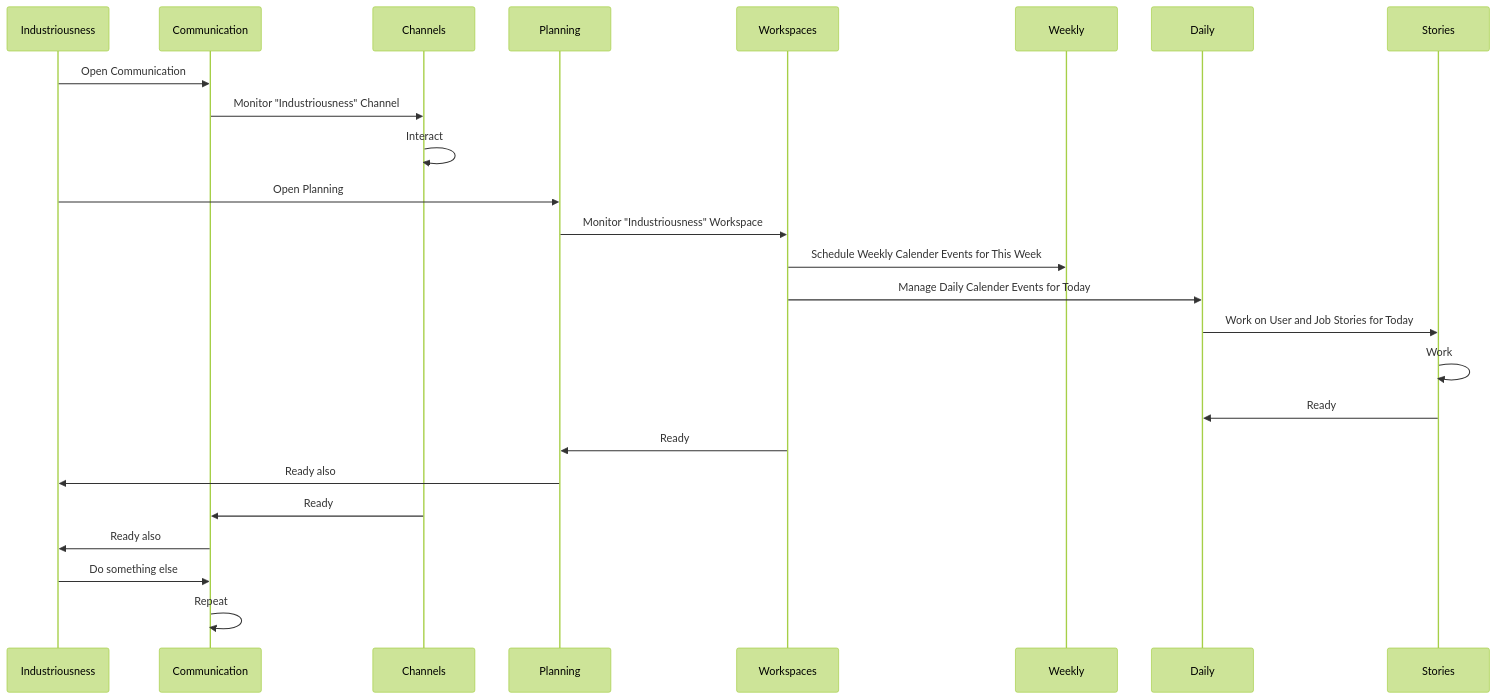
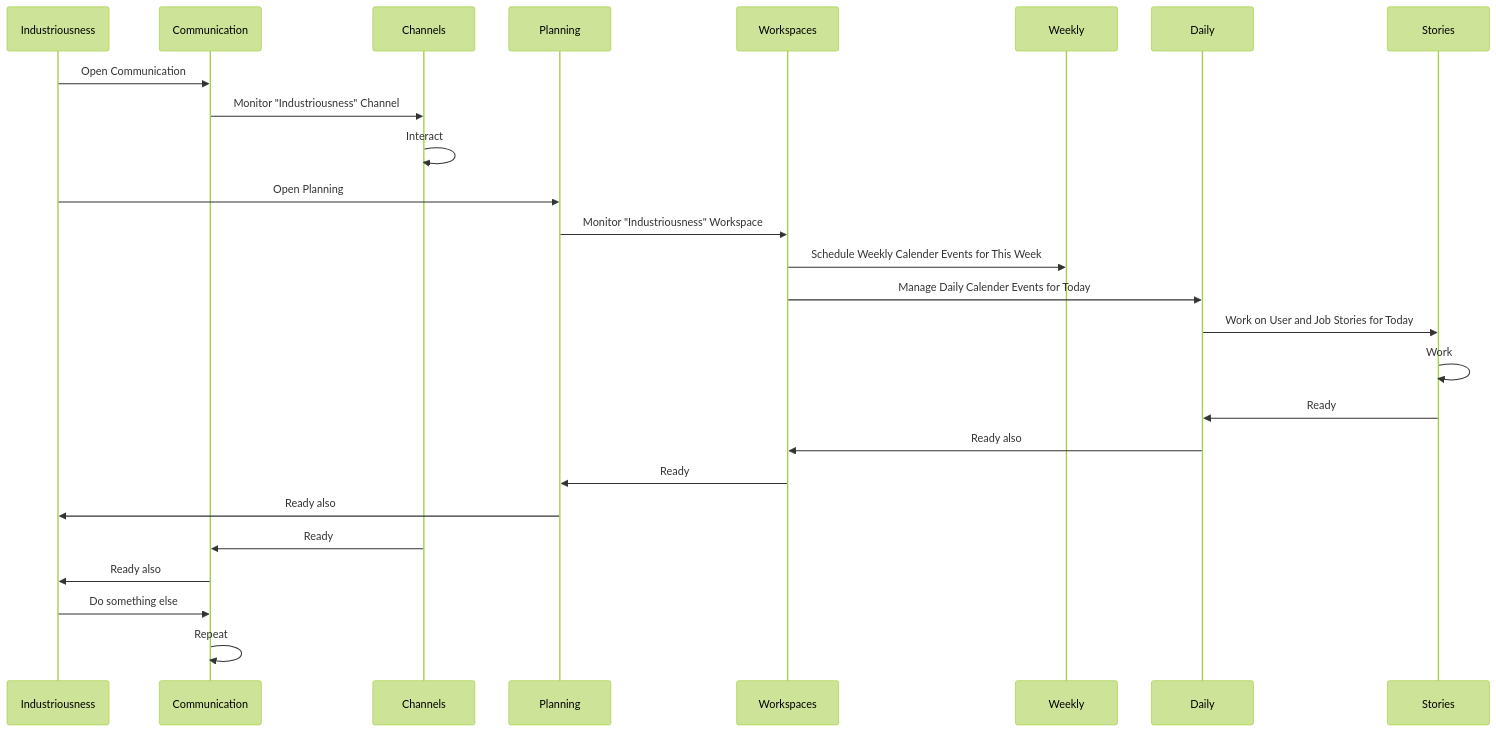
The second of 2 diagrams in 300/README.md (vanHeemstraSystems/industriousness), drawn with Mermaid (forest theme) before and after one commit.

````diff
--- a/300/README.md
+++ b/300/README.md
@@ -21,26 +21,27 @@
 ```mermaid
 sequenceDiagram
     participant Industriousness
     participant Communication
     participant Channels
     participant Planning
     participant Workspaces
     participant Weekly
     participant Daily
     Industriousness->>Communication: Open Communication
     Communication->>Channels: Monitor "Industriousness" Channel
     Channels->>Channels: Interact
     Industriousness->>Planning: Open Planning
     Planning->>Workspaces: Monitor "Industriousness" Workspace
     Workspaces->>Weekly: Schedule Weekly Calender Events for This Week
     Workspaces->>Daily: Manage Daily Calender Events for Today
     Daily->>Stories: Work on User and Job Stories for Today
     Stories->>Stories: Work
     Stories->>Daily: Ready
+    Daily->>Workspaces: Ready also
     Workspaces->>Planning: Ready
     Planning->>Industriousness: Ready also
     Channels->>Communication: Ready
     Communication->>Industriousness: Ready also
     Industriousness->>Communication: Do something else
     Communication->>Communication: Repeat
 ```
````
